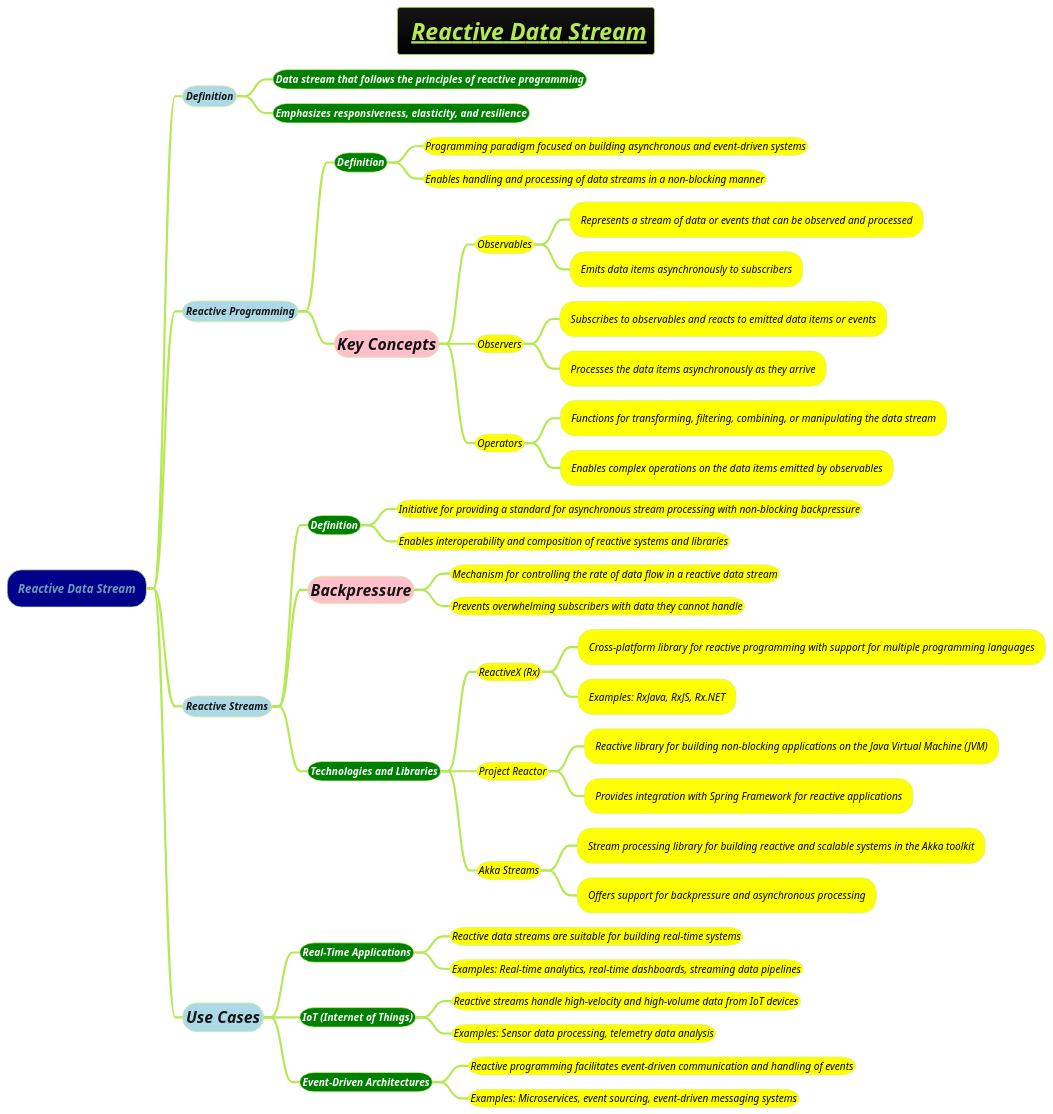
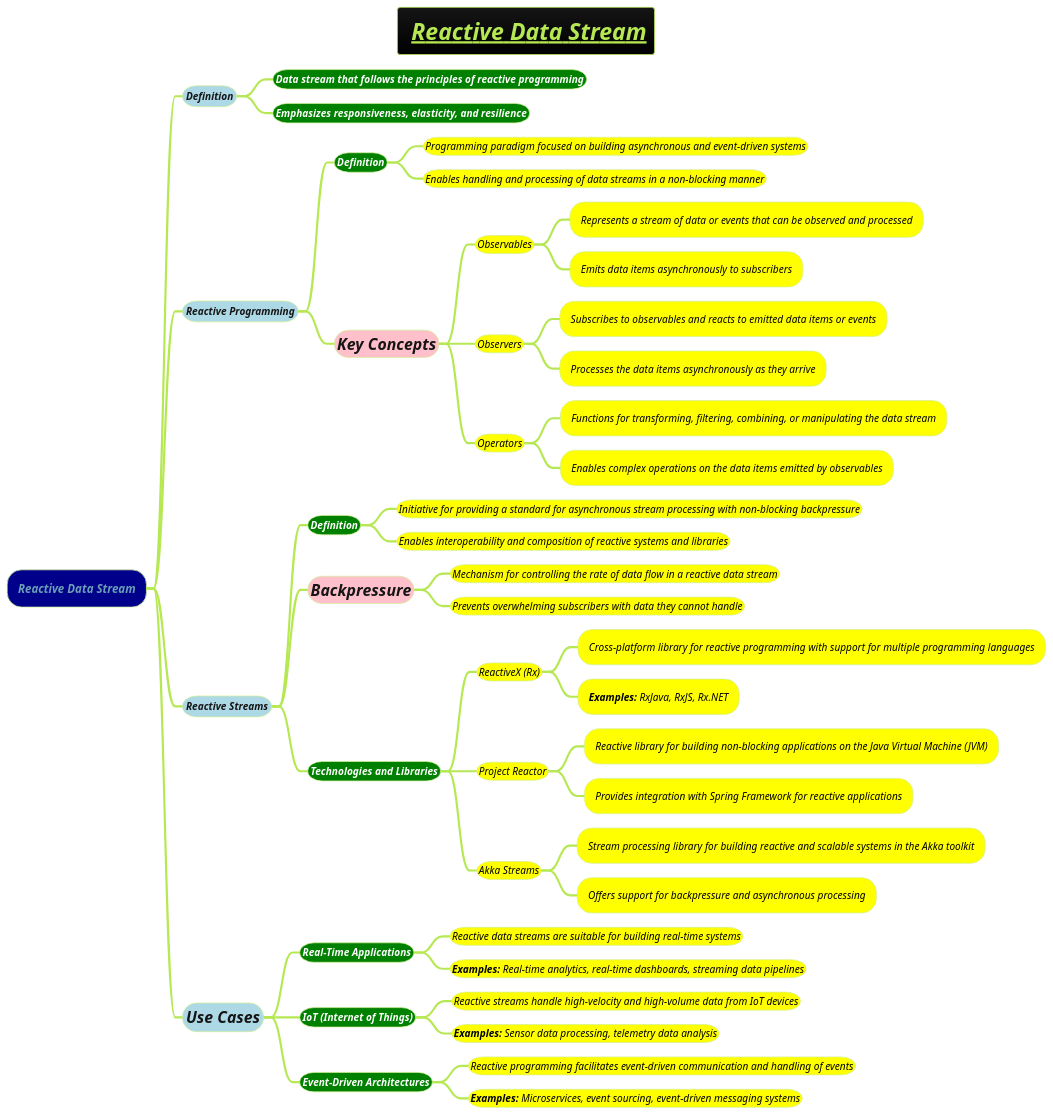
One commit to MehmoodHashmi/Documentation-as-Code-DaC changed the diagram in docs/3-programming-languages/functional-programming/Reactive-Data-Stream.puml. Above: the diagram before and after it, drawn with PlantUML.

```diff
--- a/docs/3-programming-languages/functional-programming/Reactive-Data-Stream.puml
+++ b/docs/3-programming-languages/functional-programming/Reactive-Data-Stream.puml
@@ -1,64 +1,64 @@
 @startmindmap
 title =<i>__ Reactive Data Stream__
 !theme hacker
 
 *[#darkblue] <i>Reactive Data Stream
 
 **[#lightblue] <i><color #blac><size:14>Definition
 ***[#green] <b><i><color #white><size:14>Data stream that follows the principles of reactive programming
 ***[#green] <b><i><color #white><size:14>Emphasizes responsiveness, elasticity, and resilience
 
 **[#lightblue] <i><color #blac><size:14>**Reactive Programming**
 ***[#green] <b><i><color #white><size:14>**Definition**
 ****[#yellow] <i><color #black><size:14>Programming paradigm focused on building asynchronous and event-driven systems
 ****[#yellow] <i><color #black><size:14>Enables handling and processing of data streams in a non-blocking manner
 
 ***[#pink] <i><size:22>**Key Concepts**
 ****[#yellow] <i><color #black><size:14>Observables
 *****[#yellow] <i><color #black><size:14>Represents a stream of data or events that can be observed and processed
 *****[#yellow] <i><color #black><size:14>Emits data items asynchronously to subscribers
 
 ****[#yellow] <i><color #black><size:14>Observers
 *****[#yellow] <i><color #black><size:14>Subscribes to observables and reacts to emitted data items or events
 *****[#yellow] <i><color #black><size:14>Processes the data items asynchronously as they arrive
 
 ****[#yellow] <i><color #black><size:14>Operators
 *****[#yellow] <i><color #black><size:14>Functions for transforming, filtering, combining, or manipulating the data stream
 *****[#yellow] <i><color #black><size:14>Enables complex operations on the data items emitted by observables
 
 **[#lightblue] <i><color #blac><size:14>Reactive Streams
 ***[#green] <b><i><color #white><size:14>Definition
 ****[#yellow] <i><color #black><size:14>Initiative for providing a standard for asynchronous stream processing with non-blocking backpressure
 ****[#yellow] <i><color #black><size:14>Enables interoperability and composition of reactive systems and libraries
 
 ***[#pink] <i><size:22>**Backpressure**
 ****[#yellow] <i><color #black><size:14>Mechanism for controlling the rate of data flow in a reactive data stream
 ****[#yellow] <i><color #black><size:14>Prevents overwhelming subscribers with data they cannot handle
 
 ***[#green] <b><i><color #white><size:14>Technologies and Libraries
 ****[#yellow] <i><color #black><size:14>ReactiveX (Rx)
 *****[#yellow] <i><color #black><size:14>Cross-platform library for reactive programming with support for multiple programming languages
-*****[#yellow] <i><color #black><size:14>Examples: RxJava, RxJS, Rx.NET
+*****[#yellow] <i><color #black><size:14>**Examples:** RxJava, RxJS, Rx.NET
 
 ****[#yellow] <i><color #black><size:14>Project Reactor
 *****[#yellow] <i><color #black><size:14>Reactive library for building non-blocking applications on the Java Virtual Machine (JVM)
 *****[#yellow] <i><color #black><size:14>Provides integration with Spring Framework for reactive applications
 
 ****[#yellow] <i><color #black><size:14>Akka Streams
 *****[#yellow] <i><color #black><size:14>Stream processing library for building reactive and scalable systems in the Akka toolkit
 *****[#yellow] <i><color #black><size:14>Offers support for backpressure and asynchronous processing
 
 **[#lightblue] <i><color #blac><size:22>Use Cases
 ***[#green] <b><i><color #white><size:14>Real-Time Applications
 ****[#yellow] <i><color #black><size:14>Reactive data streams are suitable for building real-time systems
-****[#yellow] <i><color #black><size:14>Examples: Real-time analytics, real-time dashboards, streaming data pipelines
+****[#yellow] <i><color #black><size:14>**Examples:** Real-time analytics, real-time dashboards, streaming data pipelines
 
 ***[#green] <b><i><color #white><size:14>IoT (Internet of Things)
 ****[#yellow] <i><color #black><size:14>Reactive streams handle high-velocity and high-volume data from IoT devices
-****[#yellow] <i><color #black><size:14>Examples: Sensor data processing, telemetry data analysis
+****[#yellow] <i><color #black><size:14>**Examples:** Sensor data processing, telemetry data analysis
 
 ***[#green] <b><i><color #white><size:14>Event-Driven Architectures
 ****[#yellow] <i><color #black><size:14>Reactive programming facilitates event-driven communication and handling of events
-****[#yellow] <i><color #black><size:14>Examples: Microservices, event sourcing, event-driven messaging systems
+****[#yellow] <i><color #black><size:14>**Examples:** Microservices, event sourcing, event-driven messaging systems
 
 @endmindmap
```
